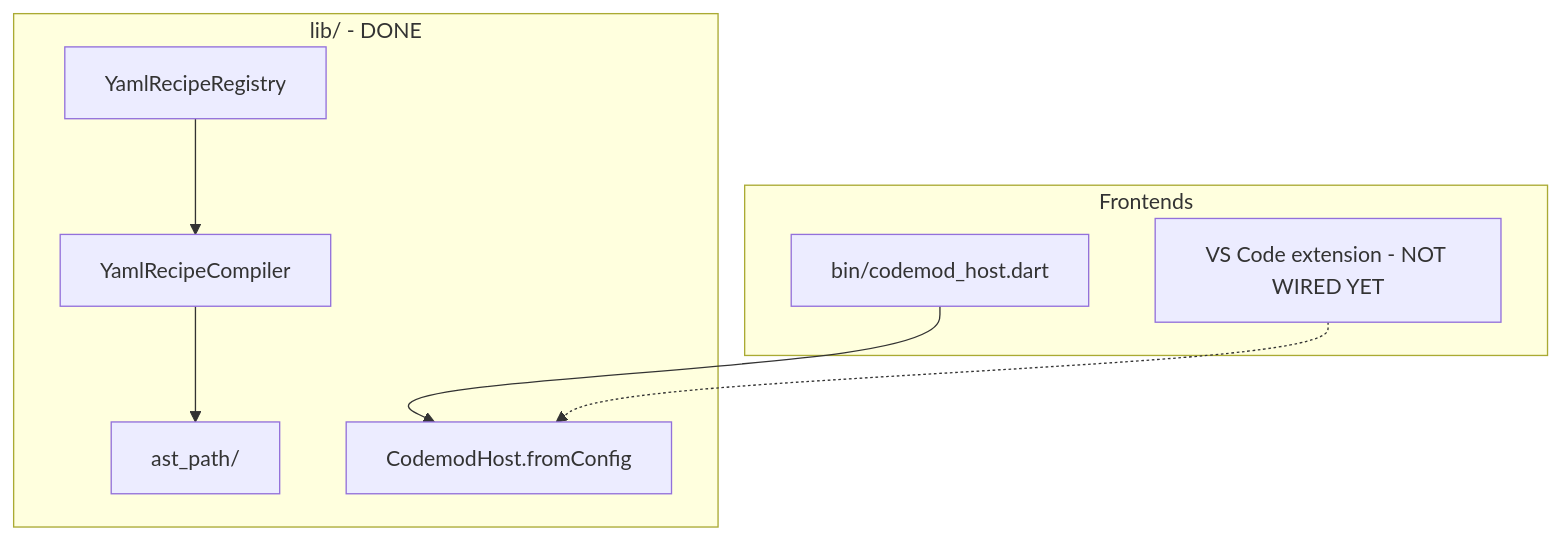
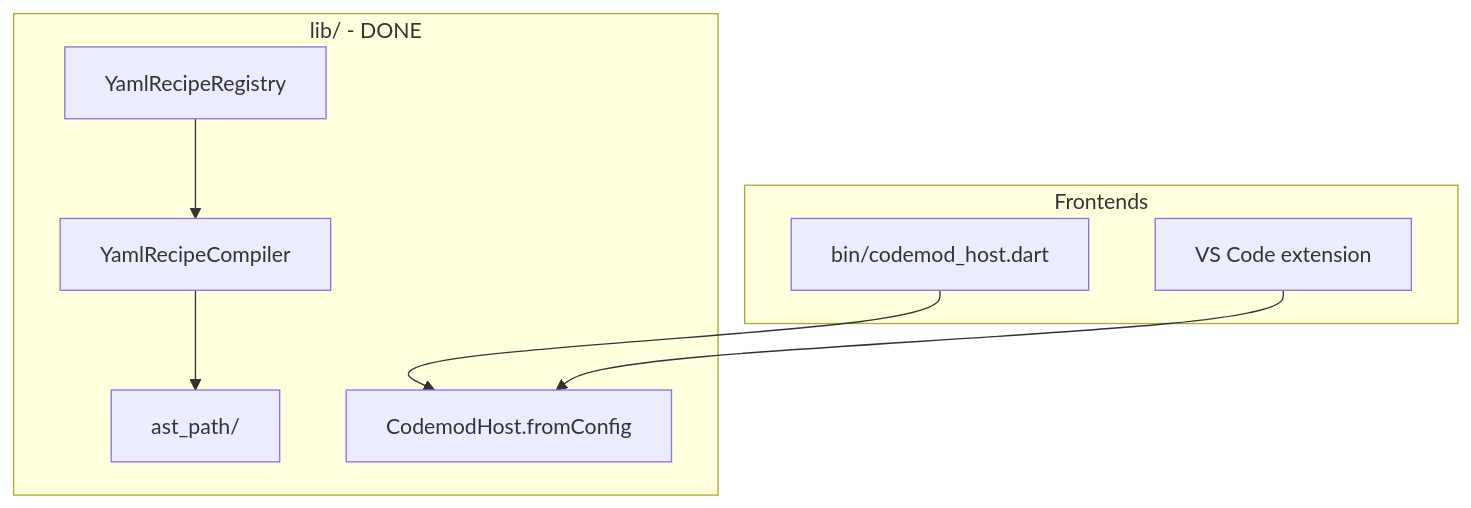
One commit to c4rl2s0n/CodemodRecipe changed the diagram in .cursor/plans/yaml-ast-dsl-reference.plan.md. Above: the diagram before and after it, drawn with Mermaid. The commit also changed other lines of this file and 31 other files, not shown here.

````diff
--- a/.cursor/plans/yaml-ast-dsl-reference.plan.md
+++ b/.cursor/plans/yaml-ast-dsl-reference.plan.md
@@ -94,17 +112,17 @@
 ```mermaid
 flowchart TB
   subgraph clients [Frontends]
-    Ext[VS Code extension - NOT WIRED YET]
+    Ext[VS Code extension]
     CLI[bin/codemod_host.dart]
   end
   subgraph core [lib/ - DONE]
     Registry[YamlRecipeRegistry]
     Compiler[YamlRecipeCompiler]
     AstPath[ast_path/]
     Host[CodemodHost.fromConfig]
   end
   CLI --> Host
-  Ext -.-> Host
+  Ext --> Host
   Registry --> Compiler
   Compiler --> AstPath
 ```
````
